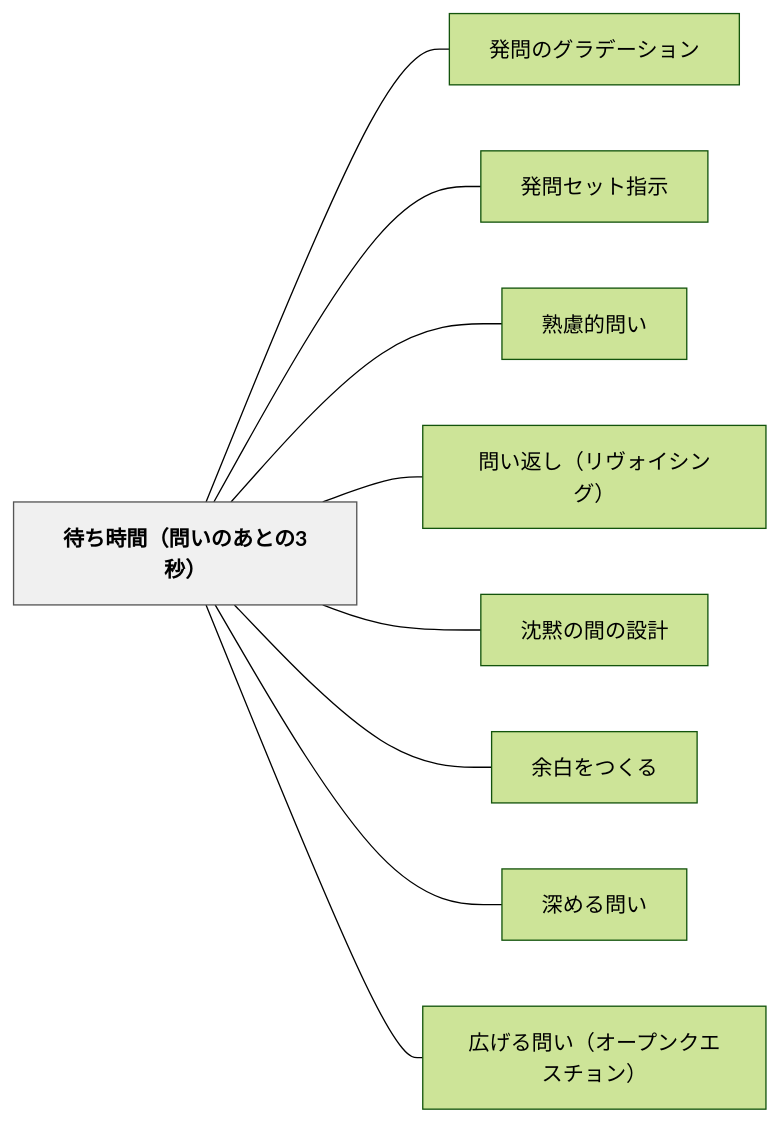
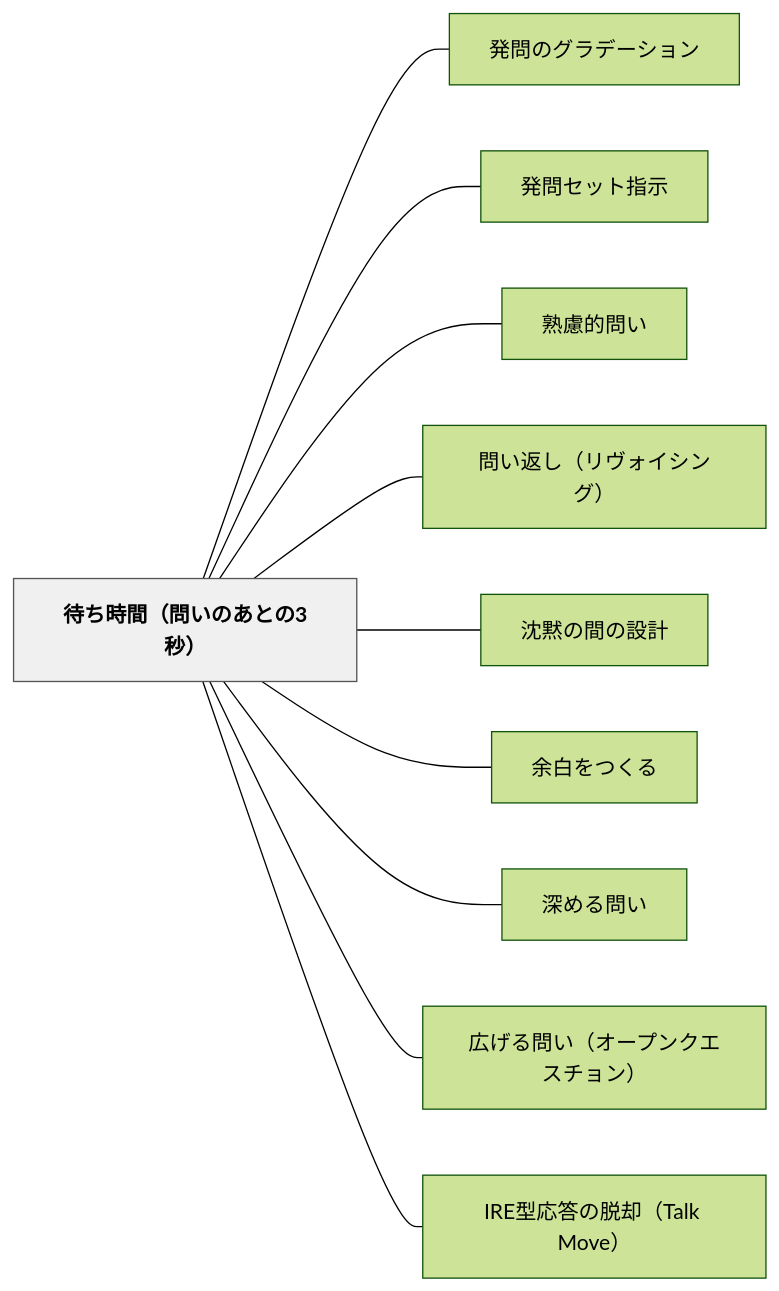
One commit to unknownthings-ed-patterns/unknownthings-ed-patterns changed the diagram in content/パタン/待ち時間（問いのあとの3秒）.md. Above: the diagram before and after it, drawn with Mermaid (forest theme). The commit also changed other lines of this file and 1 other file, not shown here.

Commit message:
auto: Obsidianから同期 2026-06-13 03:38

````diff
--- a/content/パタン/待ち時間（問いのあとの3秒）.md
+++ b/content/パタン/待ち時間（問いのあとの3秒）.md
@@ -115,24 +116,26 @@
 ```mermaid
 flowchart LR
     ne5be85e381a1e69982e99693efbc88e5958fe38184e381aee38182e381a8e381ae33e7a792efbc89["待ち時間（問いのあとの3秒）"]
     ne799bae5958fe381aee382b0e383a9e38387e383bce382b7e383a7e383b3["発問のグラデーション"]
     ne799bae5958fe382bbe38383e38388e68c87e7a4ba["発問セット指示"]
     ne7869fe685aee79a84e5958fe38184["熟慮的問い"]
     ne5958fe38184e8bf94e38197efbc88e383aae383b4e382a9e382a4e382b7e383b3e382b0efbc89["問い返し（リヴォイシング）"]
     ne6b288e9bb99e381aee99693e381aee8a8ade8a888["沈黙の間の設計"]
     ne4bd99e799bde38292e381a4e3818fe3828b["余白をつくる"]
     ne6b7b1e38281e3828be5958fe38184["深める問い"]
     ne5ba83e38192e3828be5958fe38184efbc88e382aae383bce38397e383b3e382afe382a8e382b9e38381e383a7e383b3efbc89["広げる問い（オープンクエスチョン）"]
+    n495245e59e8be5bf9ce7ad94e381aee884b1e58db4efbc8854616c6b204d6f7665efbc89["IRE型応答の脱却（Talk Move）"]
 
     ne5be85e381a1e69982e99693efbc88e5958fe38184e381aee38182e381a8e381ae33e7a792efbc89 --- ne799bae5958fe381aee382b0e383a9e38387e383bce382b7e383a7e383b3
     ne5be85e381a1e69982e99693efbc88e5958fe38184e381aee38182e381a8e381ae33e7a792efbc89 --- ne799bae5958fe382bbe38383e38388e68c87e7a4ba
     ne5be85e381a1e69982e99693efbc88e5958fe38184e381aee38182e381a8e381ae33e7a792efbc89 --- ne7869fe685aee79a84e5958fe38184
     ne5be85e381a1e69982e99693efbc88e5958fe38184e381aee38182e381a8e381ae33e7a792efbc89 --- ne5958fe38184e8bf94e38197efbc88e383aae383b4e382a9e382a4e382b7e383b3e382b0efbc89
     ne5be85e381a1e69982e99693efbc88e5958fe38184e381aee38182e381a8e381ae33e7a792efbc89 --- ne6b288e9bb99e381aee99693e381aee8a8ade8a888
     ne5be85e381a1e69982e99693efbc88e5958fe38184e381aee38182e381a8e381ae33e7a792efbc89 --- ne4bd99e799bde38292e381a4e3818fe3828b
     ne5be85e381a1e69982e99693efbc88e5958fe38184e381aee38182e381a8e381ae33e7a792efbc89 --- ne6b7b1e38281e3828be5958fe38184
     ne5be85e381a1e69982e99693efbc88e5958fe38184e381aee38182e381a8e381ae33e7a792efbc89 --- ne5ba83e38192e3828be5958fe38184efbc88e382aae383bce38397e383b3e382afe382a8e382b9e38381e383a7e383b3efbc89
+    ne5be85e381a1e69982e99693efbc88e5958fe38184e381aee38182e381a8e381ae33e7a792efbc89 --- n495245e59e8be5bf9ce7ad94e381aee884b1e58db4efbc8854616c6b204d6f7665efbc89
 
     classDef hub fill:#f0f0f0,stroke:#555,color:#000,font-weight:bold
     class ne5be85e381a1e69982e99693efbc88e5958fe38184e381aee38182e381a8e381ae33e7a792efbc89 hub
 ```
````
